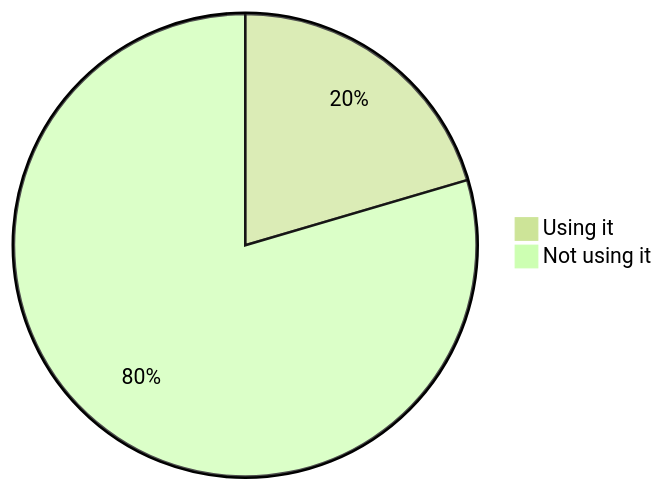
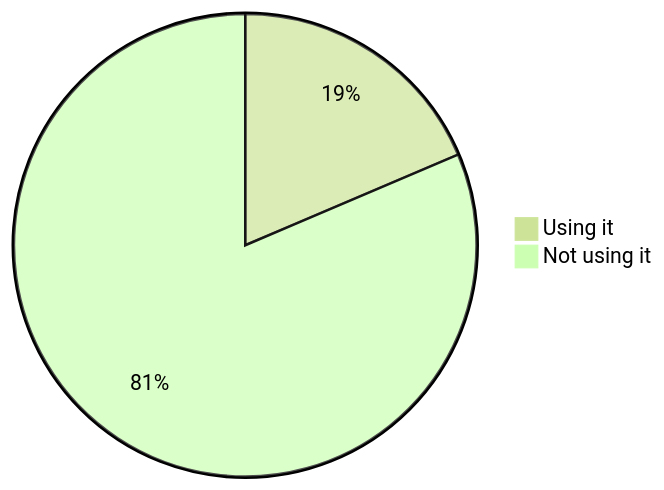
Diagram 16 of 18 in stats.md (oshp/oshp-stats), drawn with Mermaid (forest theme) before and after one commit. The commit also changed other lines of this file and 1 other file, not shown here.

````diff
--- a/stats.md
+++ b/stats.md
@@ -188,6 +188,6 @@
 ```mermaid
 pie
-	"Using it" : 20.46
-	"Not using it" : 79.54
+	"Using it" : 18.59
+	"Not using it" : 81.41
 
 ```
````
